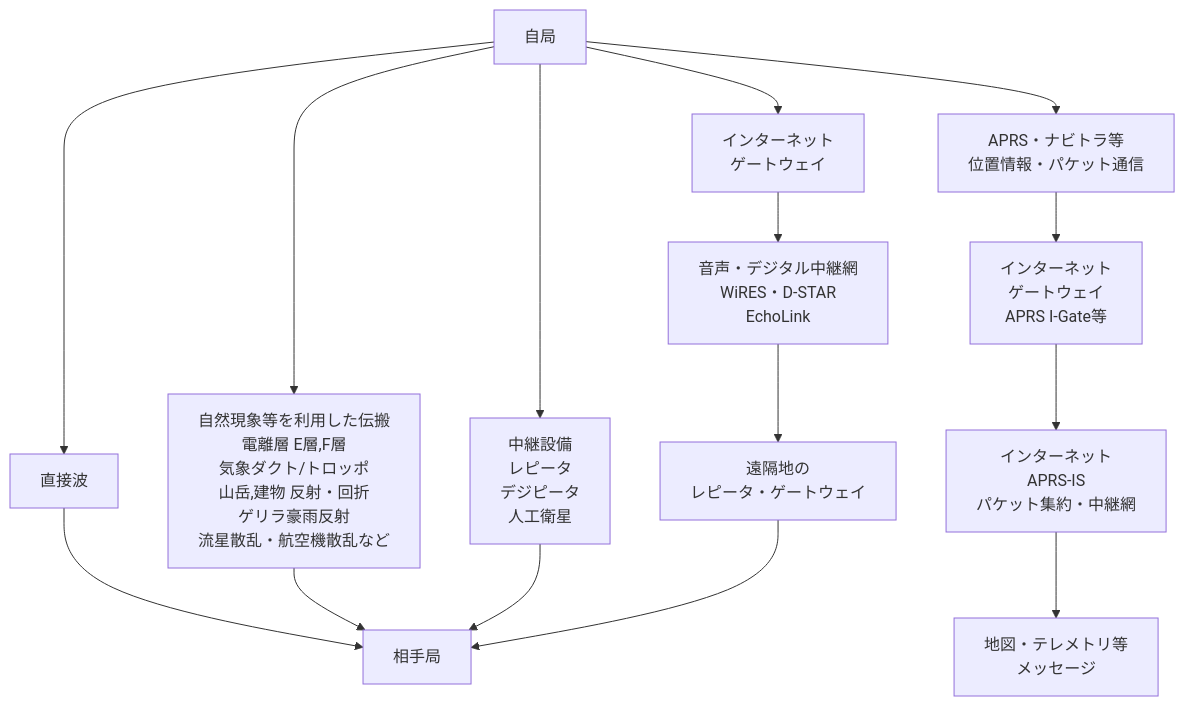
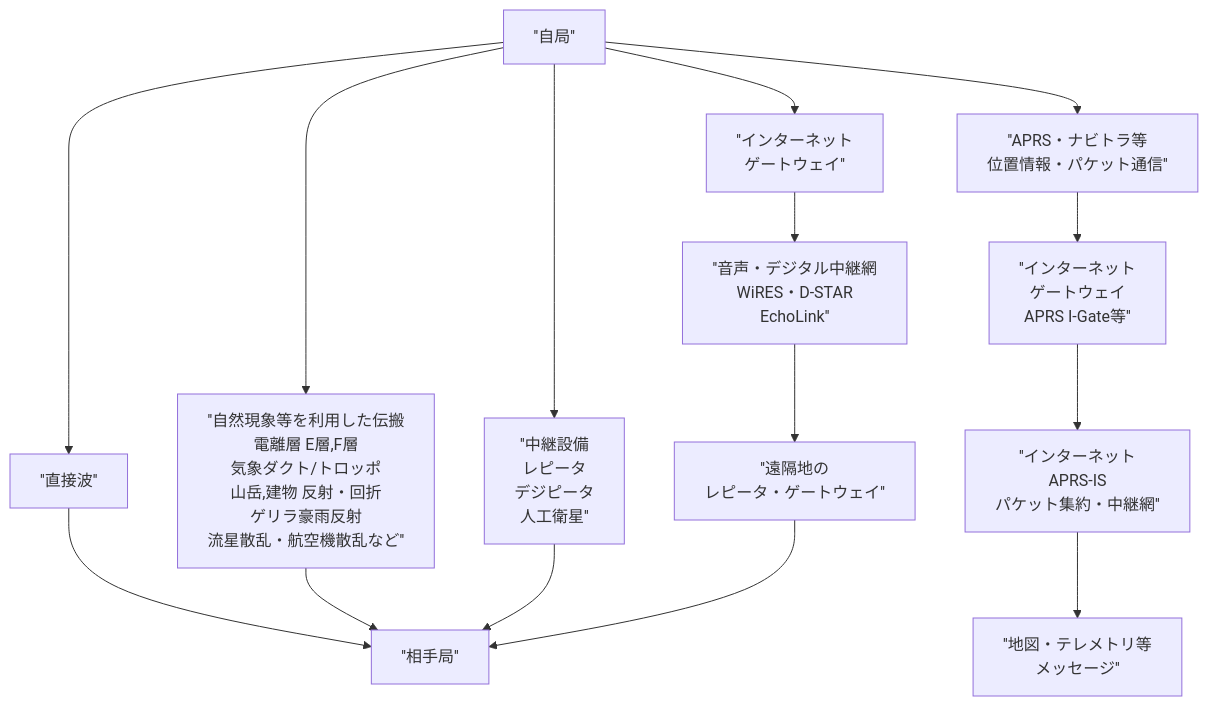
The second of 2 diagrams in docs/00_概要/アマチュア無線とは.md (CQAKIBA/AmateurRadio-Handbook), drawn with Mermaid before and after one commit. The commit also changed other lines of this file, not shown here.

Commit message:
Fix mermaid diagram syntax in documentation
Updated mermaid diagrams to use single quotes and fixed formatting issues.

````diff
--- a/docs/00_概要/アマチュア無線とは.md
+++ b/docs/00_概要/アマチュア無線とは.md
@@ -201,21 +204,25 @@
 ```mermaid
+---
+config:
+  markdownAutoWrap: false
+---
 flowchart TB
-    A["自局"]
-    B["相手局"]
+    A[''自局'']
+    B[''相手局'']
 
-    A --> D["直接波"] --> B
+    A --> D[''直接波''] --> B
 
-    A --> N["自然現象等を利用した伝搬<br>電離層 E層,F層<br>気象ダクト/トロッポ<br>山岳,建物 反射・回折<br>ゲリラ豪雨反射<br>流星散乱・航空機散乱など"] --> B
+    A --> N[''自然現象等を利用した伝搬<br>電離層 E層,F層<br>気象ダクト/トロッポ<br>山岳,建物 反射・回折<br>ゲリラ豪雨反射<br>流星散乱・航空機散乱など''] --> B
 
-    A --> S["中継設備<br>レピータ<br>デジピータ<br>人工衛星"] --> B
+    A --> S[''中継設備<br>レピータ<br>デジピータ<br>人工衛星''] --> B
 
-    A --> R1["インターネット<br>ゲートウェイ"]
-    R1 --> VOIP["音声・デジタル中継網<br>WiRES・D-STAR<br>EchoLink"]
-    VOIP --> R2["遠隔地の<br>レピータ・ゲートウェイ"]
+    A --> R1[''インターネット<br>ゲートウェイ'']
+    R1 --> VOIP[''音声・デジタル中継網<br>WiRES・D-STAR<br>EchoLink'']
+    VOIP --> R2[''遠隔地の<br>レピータ・ゲートウェイ'']
     R2 --> B
 
-    A --> P["APRS・ナビトラ等<br>位置情報・パケット通信"]
-    P --> IG["インターネット<br>ゲートウェイ<br>APRS I-Gate等"]
-    IG --> IS["インターネット<br>APRS-IS<br>パケット集約・中継網"]
-    IS --> APP["地図・テレメトリ等<br>メッセージ"]
+    A --> P[''APRS・ナビトラ等<br>位置情報・パケット通信'']
+    P --> IG[''インターネット<br>ゲートウェイ<br>APRS I-Gate等'']
+    IG --> IS[''インターネット<br>APRS-IS<br>パケット集約・中継網'']
+    IS --> APP[''地図・テレメトリ等<br>メッセージ'']
 ```
````
